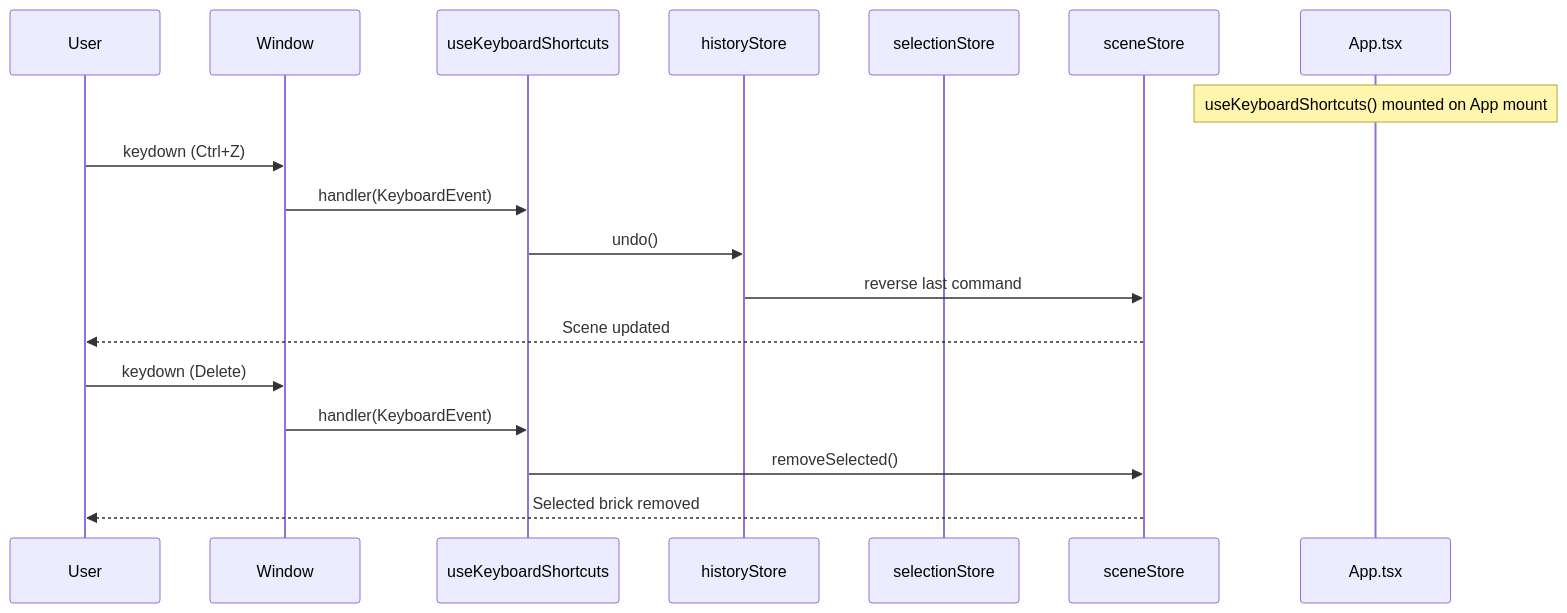
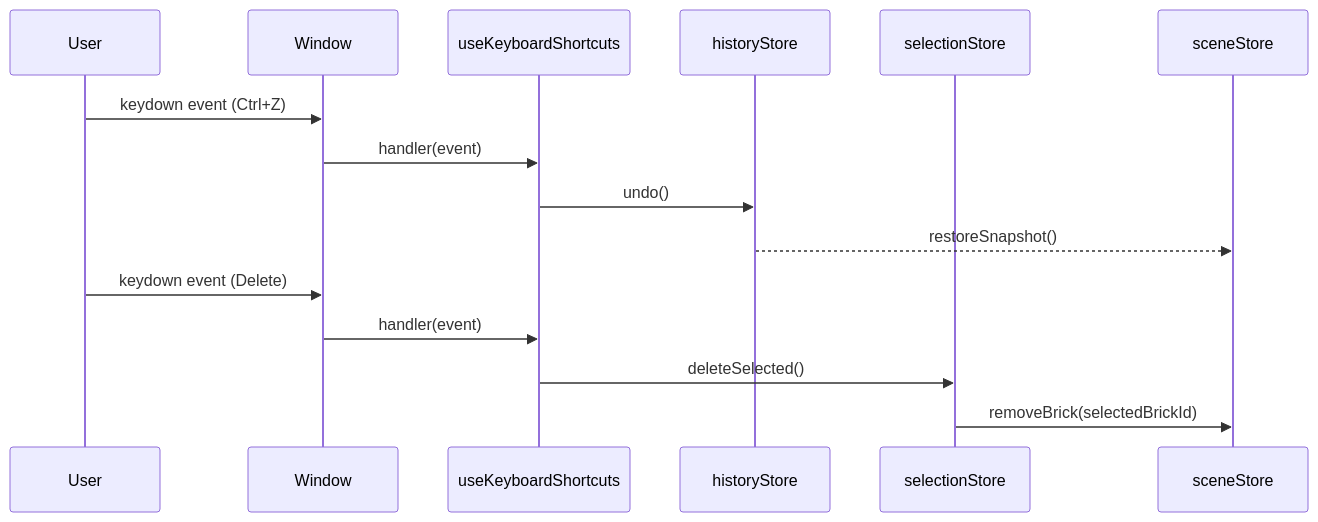
Before and after one commit to sreenivasmrpivot/legobuilder: the fourth of 5 diagrams in docs/bugs/BUG-088/LOW_LEVEL_DESIGN.md, drawn with Mermaid. The commit also changed other lines of this file, not shown here.

First line of the commit message:
docs: LLD for BUG — [BUG] App loads but all interactive elements are non-functional

````diff
--- a/docs/bugs/BUG-088/LOW_LEVEL_DESIGN.md
+++ b/docs/bugs/BUG-088/LOW_LEVEL_DESIGN.md
@@ -604,21 +476,19 @@
 ```mermaid
 sequenceDiagram
     participant User
     participant Window
     participant useKeyboardShortcuts
     participant historyStore
     participant selectionStore
     participant sceneStore
 
-    Note over App.tsx: useKeyboardShortcuts() mounted on App mount
-    User->>Window: keydown (Ctrl+Z)
-    Window->>useKeyboardShortcuts: handler(KeyboardEvent)
+    User->>Window: keydown event (Ctrl+Z)
+    Window->>useKeyboardShortcuts: handler(event)
     useKeyboardShortcuts->>historyStore: undo()
-    historyStore->>sceneStore: reverse last command
-    sceneStore-->>User: Scene updated
+    historyStore-->>sceneStore: restoreSnapshot()
 
-    User->>Window: keydown (Delete)
-    Window->>useKeyboardShortcuts: handler(KeyboardEvent)
-    useKeyboardShortcuts->>sceneStore: removeSelected()
-    sceneStore-->>User: Selected brick removed
+    User->>Window: keydown event (Delete)
+    Window->>useKeyboardShortcuts: handler(event)
+    useKeyboardShortcuts->>selectionStore: deleteSelected()
+    selectionStore->>sceneStore: removeBrick(selectedBrickId)
 ```
````
